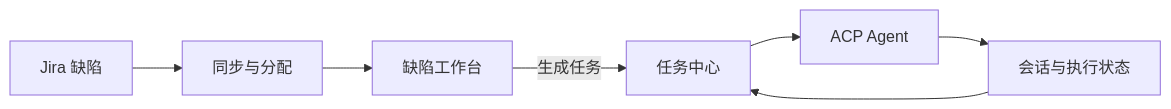
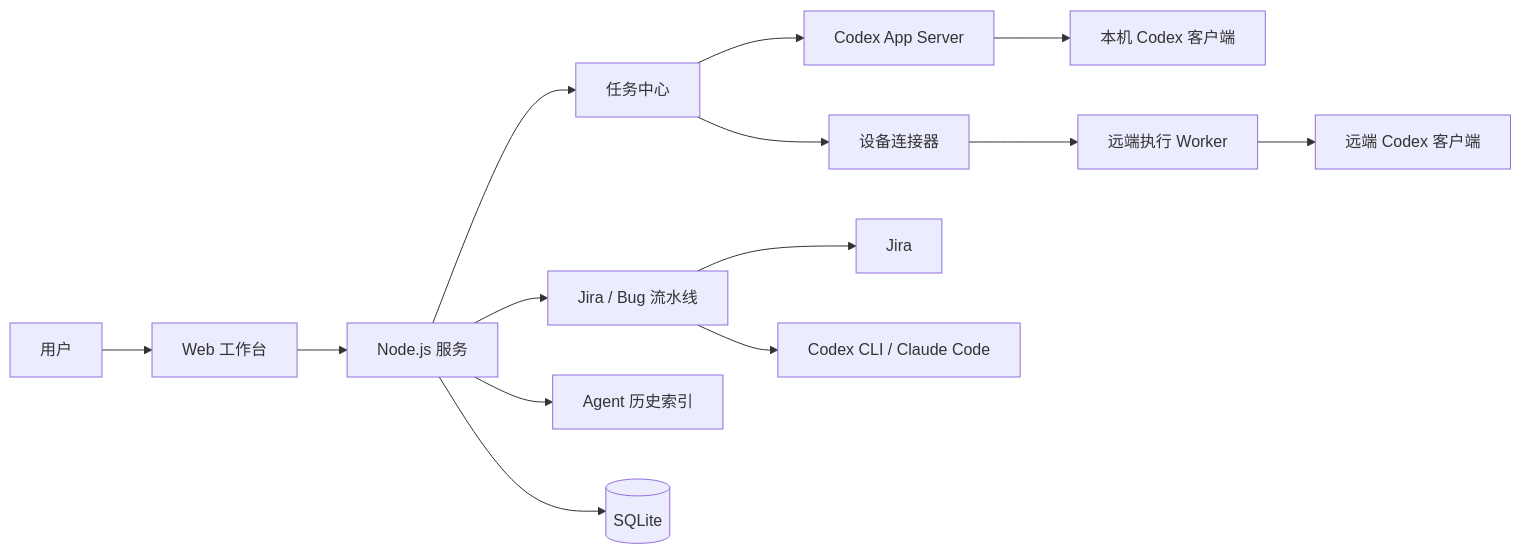
The diagram in README.md (Gausons/auto-workflow), drawn with Mermaid before and after one commit. The commit also changed other lines of this file, not shown here.

Commit message:
docs: update README for task center architecture

````diff
--- a/README.md
+++ b/README.md
@@ -33,9 +20,20 @@
 ```mermaid
 flowchart LR
-  Jira[Jira 缺陷] --> Sync[同步与分配]
-  Sync --> Bugs[缺陷工作台]
-  Bugs -->|生成任务| Tasks[任务中心]
-  Tasks --> Agent[ACP Agent]
-  Agent --> Sessions[会话与执行状态]
-  Sessions --> Tasks
+    U[用户] --> UI[Web 工作台]
+    UI --> API[Node.js 服务]
+
+    API --> TC[任务中心]
+    API --> WF[Jira / Bug 流水线]
+    API --> AH[Agent 历史索引]
+    API --> DB[(SQLite)]
+
+    TC --> CAS[Codex App Server]
+    CAS --> CC[本机 Codex 客户端]
+
+    TC --> RC[设备连接器]
+    RC --> RW[远端执行 Worker]
+    RW --> RCC[远端 Codex 客户端]
+
+    WF --> JIRA[Jira]
+    WF --> CLI[Codex CLI / Claude Code]
 ```
````
